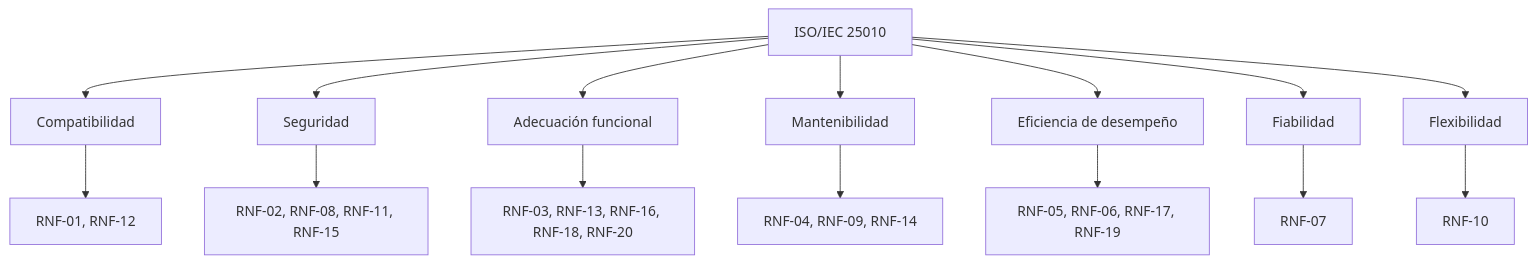
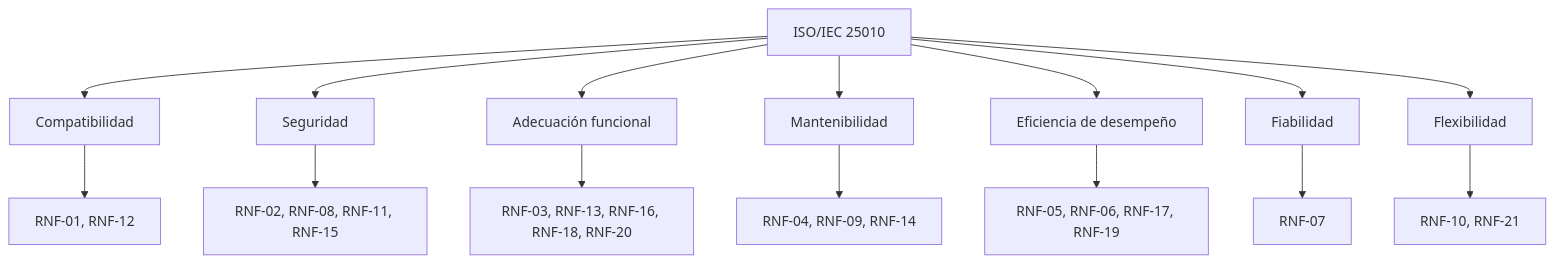
One commit to platanus-hack/platanus-hack-26-cl-team-4 changed the sixth of 9 diagrams in docs/requerimientos.md. Above: the diagram before and after it, drawn with Mermaid. The commit also changed other lines of this file and 9 other files, not shown here.

````diff
--- a/docs/requerimientos.md
+++ b/docs/requerimientos.md
@@ -289,10 +334,10 @@
 ```mermaid
 flowchart TD
   Q[ISO/IEC 25010] --> C1[Compatibilidad] --> R01["RNF-01, RNF-12"]
   Q --> C2[Seguridad] --> R02["RNF-02, RNF-08, RNF-11, RNF-15"]
   Q --> C3[Adecuación funcional] --> R03["RNF-03, RNF-13, RNF-16, RNF-18, RNF-20"]
   Q --> C4[Mantenibilidad] --> R04["RNF-04, RNF-09, RNF-14"]
   Q --> C5[Eficiencia de desempeño] --> R05["RNF-05, RNF-06, RNF-17, RNF-19"]
   Q --> C6[Fiabilidad] --> R07[RNF-07]
-  Q --> C7[Flexibilidad] --> R10[RNF-10]
+  Q --> C7[Flexibilidad] --> R10["RNF-10, RNF-21"]
 ```
````
